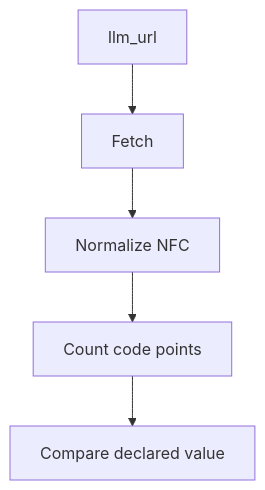
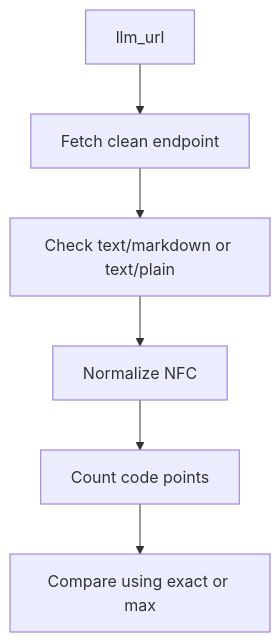
The diagram in docs/guide/content-chars.md (jordachmakaya/index-ai-validator), drawn with Mermaid before and after one commit. The commit also changed other lines of this file and 16 other files, not shown here.

````diff
--- a/docs/guide/content-chars.md
+++ b/docs/guide/content-chars.md
@@ -81,7 +79,8 @@
 ```mermaid
 flowchart TD
-  A[llm_url] --> B[Fetch]
-  B --> C[Normalize NFC]
-  C --> D[Count code points]
-  D --> E[Compare declared value]
+  A["llm_url"] --> B["Fetch clean endpoint"]
+  B --> C["Check text/markdown or text/plain"]
+  C --> D["Normalize NFC"]
+  D --> E["Count code points"]
+  E --> F["Compare using exact or max"]
 ```
````
